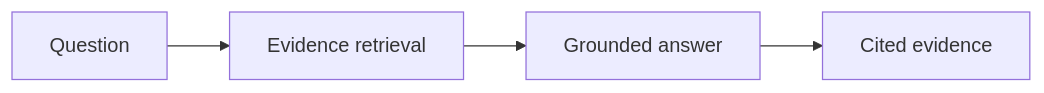
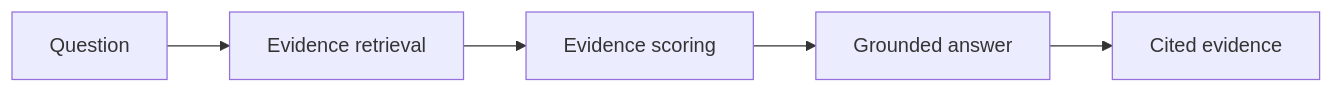
Before and after one commit to VIVEK-MARRI/ThreadLine: the second of 4 diagrams in README.md, drawn with Mermaid. The commit also changed other lines of this file, not shown here.

Commit message:
docs: redesign root README - evidence-first product overview, proof-based architecture diagrams, and honest quick start

````diff
--- a/README.md
+++ b/README.md
@@ -53,6 +44,7 @@
 ```mermaid
 flowchart LR
     Q[Question] --> R[Evidence retrieval]
-    R --> G[Grounded answer]
-    G --> C[Cited evidence]
+    R --> S[Evidence scoring]
+    S --> A[Grounded answer]
+    A --> C[Cited evidence]
 ```
````
